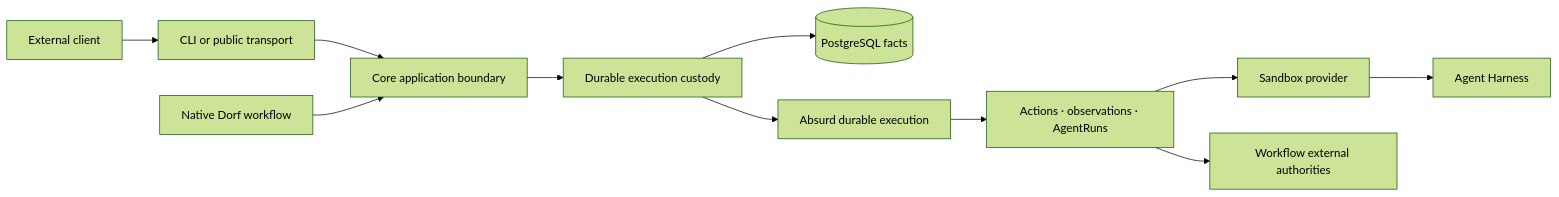
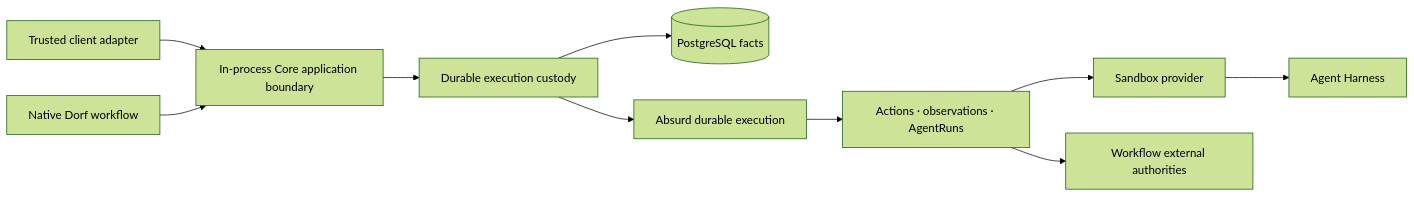
The diagram in docs/project/architecture.md (aphronio/dorf), drawn with Mermaid (forest theme) before and after one commit. The commit also changed other lines of this file and 3 other files, not shown here.

Commit message:
docs(core): lock application contract refactor

````diff
--- a/docs/project/architecture.md
+++ b/docs/project/architecture.md
@@ -11,13 +11,12 @@
 ```mermaid
 flowchart LR
-    Client["External client"] --> Transport["CLI or public transport"]
-    Transport --> Core["Core application boundary"]
+    Client["Trusted client adapter"] --> Core["In-process Core application boundary"]
     Workflow["Native Dorf workflow"] --> Core
     Core --> Custody["Durable execution custody"]
     Custody --> PG[("PostgreSQL facts")]
     Custody --> Absurd["Absurd durable execution"]
     Absurd --> Edge["Actions · observations · AgentRuns"]
     Edge --> Sandbox["Sandbox provider"]
     Edge --> External["Workflow external authorities"]
     Sandbox --> Harness["Agent Harness"]
 ```
````
